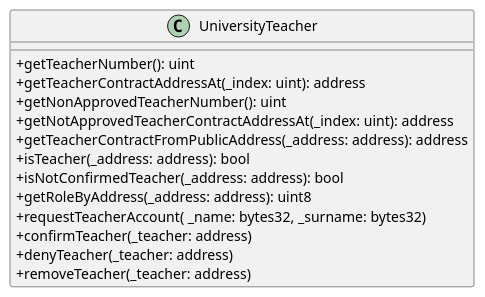
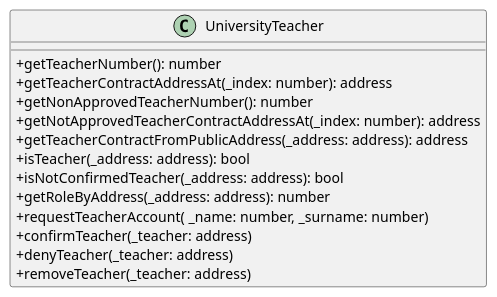
The diagram in web3function/file/UniversityTeacher.iuml (M9k/Marvin-Uml), drawn with PlantUML before and after one commit. The commit also changed 13 other files, not shown here.

```diff
--- a/web3function/file/UniversityTeacher.iuml
+++ b/web3function/file/UniversityTeacher.iuml
@@ -1,17 +1,17 @@
 @startuml
 skinparam classAttributeIconSize 0
 class UniversityTeacher{
-+ getTeacherNumber(): uint
-+ getTeacherContractAddressAt(_index: uint): address
-+ getNonApprovedTeacherNumber(): uint
-+ getNotApprovedTeacherContractAddressAt(_index: uint): address
++ getTeacherNumber(): number
++ getTeacherContractAddressAt(_index: number): address
++ getNonApprovedTeacherNumber(): number
++ getNotApprovedTeacherContractAddressAt(_index: number): address
 + getTeacherContractFromPublicAddress(_address: address): address
 + isTeacher(_address: address): bool
 + isNotConfirmedTeacher(_address: address): bool
-+ getRoleByAddress(_address: address): uint8
-+ requestTeacherAccount( _name: bytes32, _surname: bytes32)
++ getRoleByAddress(_address: address): number
++ requestTeacherAccount( _name: number, _surname: number)
 + confirmTeacher(_teacher: address)
 + denyTeacher(_teacher: address)
 + removeTeacher(_teacher: address)
 }
 @enduml
```
